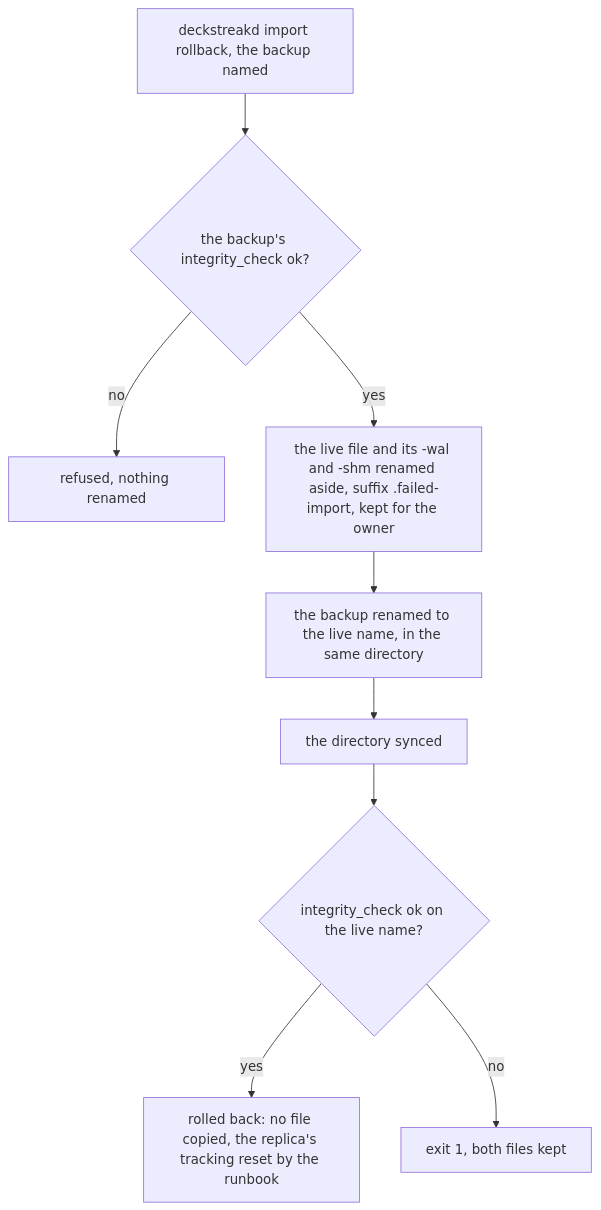
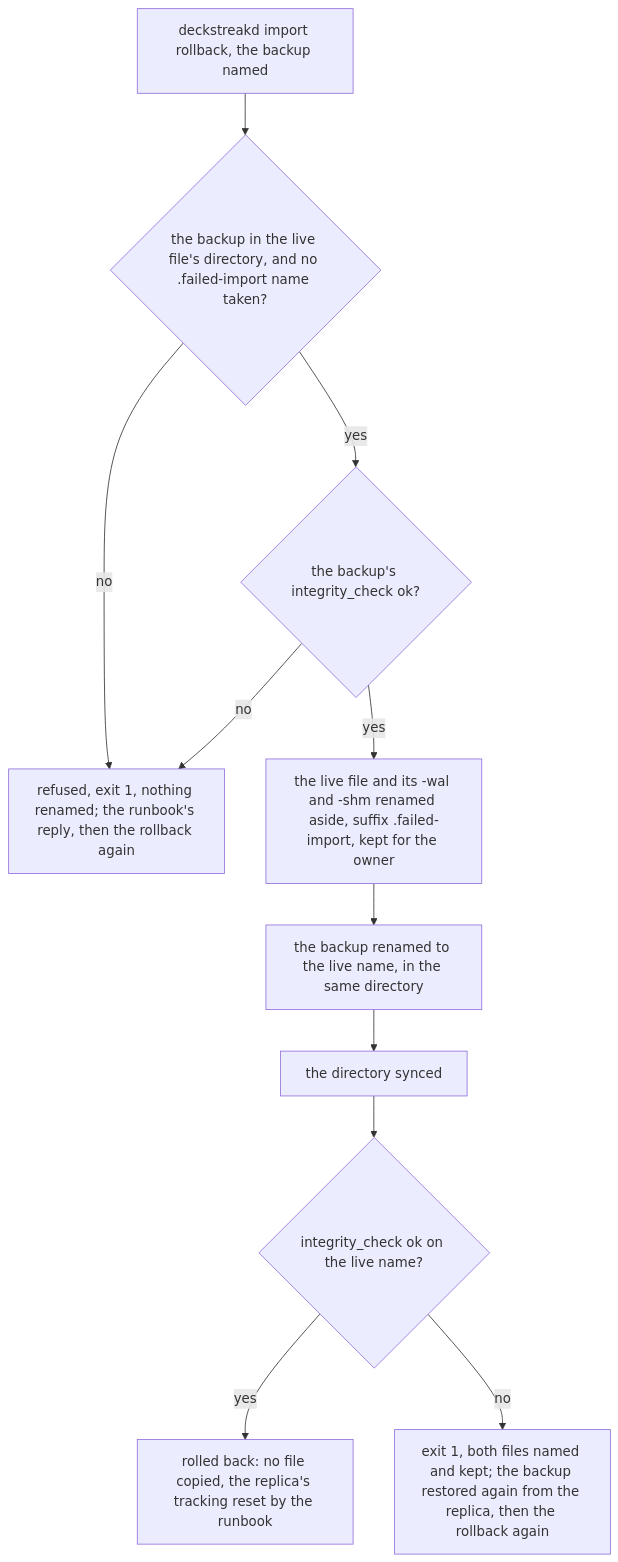
One commit to RexRenatus/deck-streak changed the third of 3 diagrams in docs/schematics/v9-import-run.md. Above: the diagram before and after it, drawn with Mermaid. The commit also changed 1 other file, not shown here.

Commit message:
docs(specs): give every rollback outcome a reply

````diff
--- a/docs/schematics/v9-import-run.md
+++ b/docs/schematics/v9-import-run.md
@@ -57,11 +57,13 @@
 ```mermaid
 flowchart TD
-  start["deckstreakd import rollback, the backup named"] --> bchk{"the backup's integrity_check ok?"}
-  bchk -- "no" --> no["refused, nothing renamed"]
+  start["deckstreakd import rollback, the backup named"] --> place{"the backup in the live file's directory, and no .failed-import name taken?"}
+  place -- "no" --> no["refused, exit 1, nothing renamed; the runbook's reply, then the rollback again"]
+  place -- "yes" --> bchk{"the backup's integrity_check ok?"}
+  bchk -- "no" --> no
   bchk -- "yes" --> aside["the live file and its -wal and -shm renamed aside, suffix .failed-import, kept for the owner"]
   aside --> swap["the backup renamed to the live name, in the same directory"]
   swap --> sync["the directory synced"]
   sync --> after{"integrity_check ok on the live name?"}
   after -- "yes" --> done["rolled back: no file copied, the replica's tracking reset by the runbook"]
-  after -- "no" --> fail["exit 1, both files kept"]
+  after -- "no" --> fail["exit 1, both files named and kept; the backup restored again from the replica, then the rollback again"]
 ```
````
